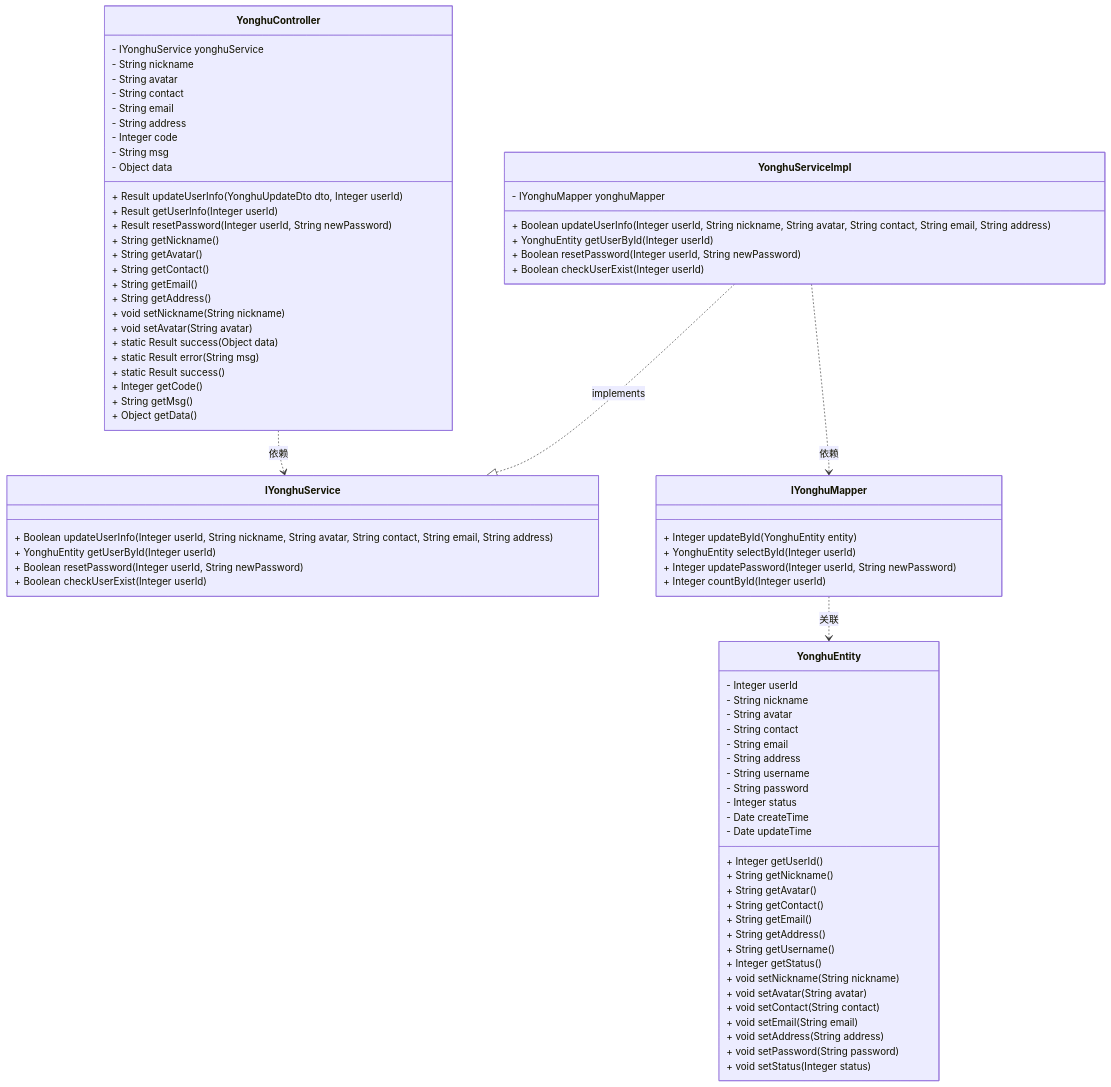
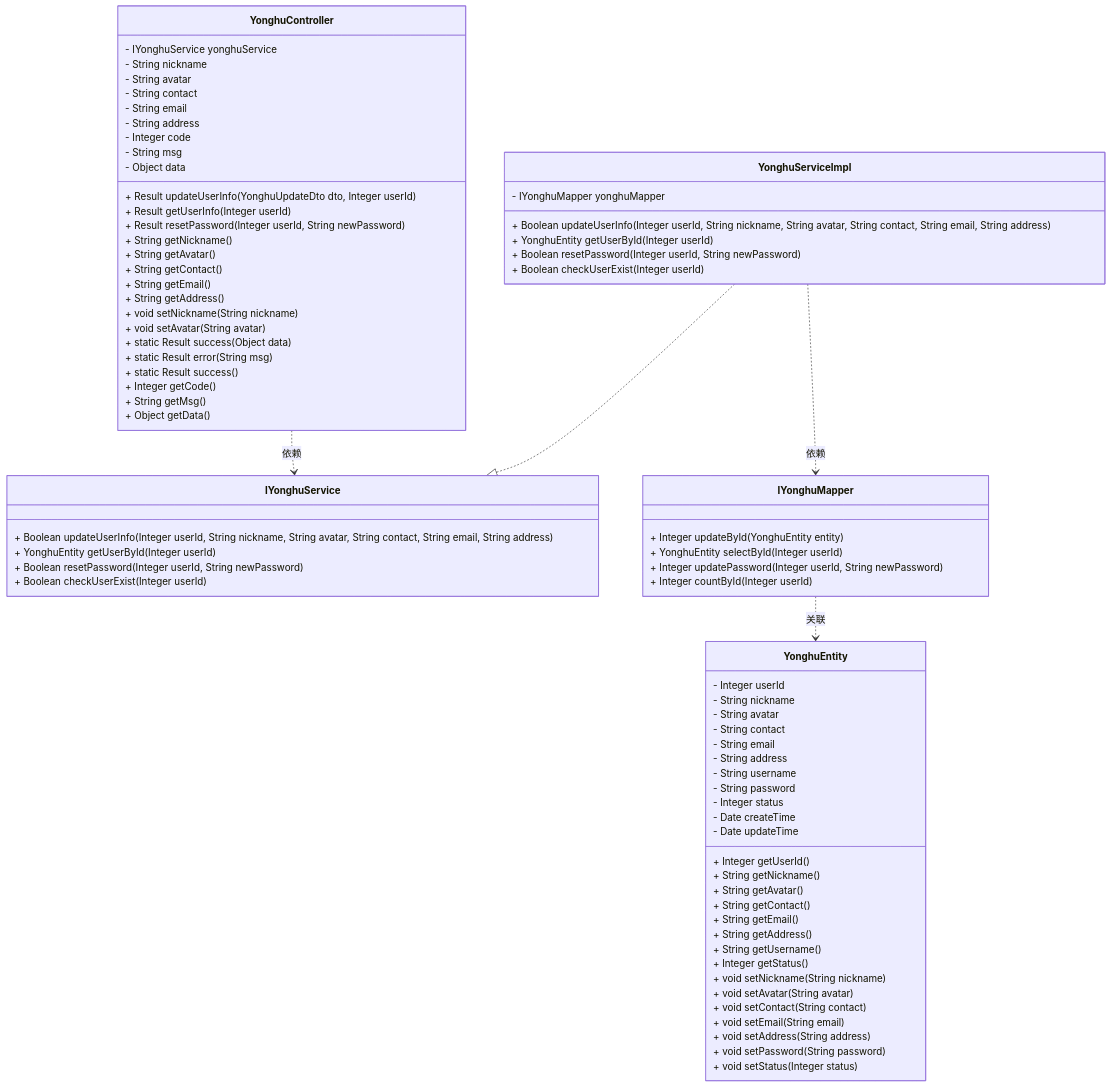
The diagram in all/未命名-6.md (DEbalanceUX/iodraw-files), drawn with Mermaid before and after one commit.

Commit message:
2025-12-26 03:50:06 update

````diff
--- a/all/未命名-6.md
+++ b/all/未命名-6.md
@@ -1,6 +1,6 @@
 ```mermaid
 classDiagram
-    YonghuServiceImpl ..|> IYonghuService : implements
+    YonghuServiceImpl ..|> IYonghuService : 
     YonghuController ..> IYonghuService : 依赖
     YonghuServiceImpl ..> IYonghuMapper : 依赖
     IYonghuMapper ..> YonghuEntity : 关联
````
